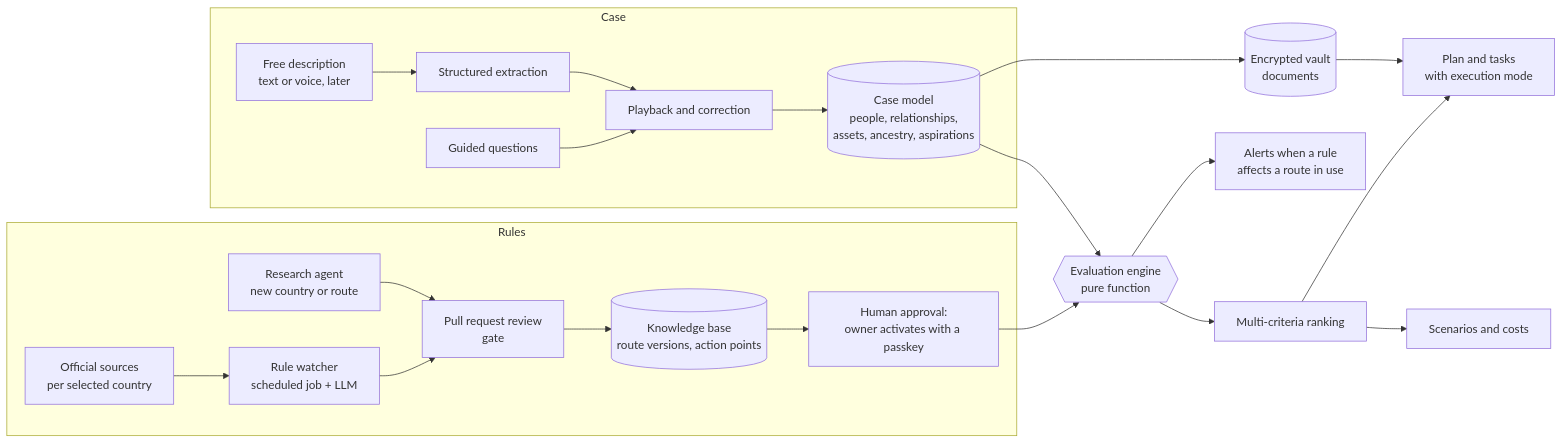
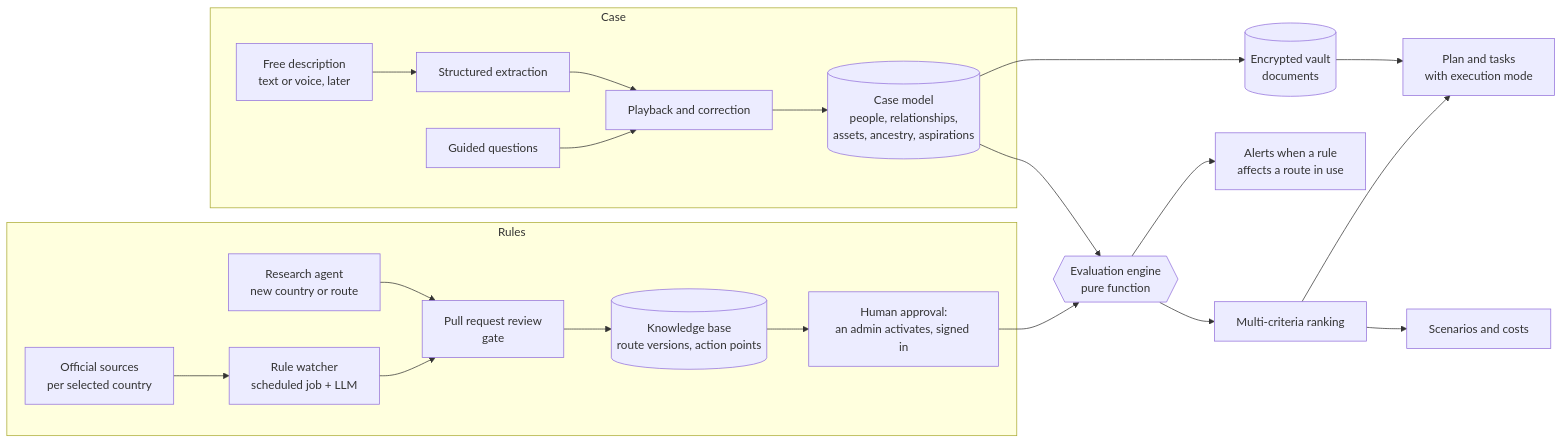
The diagram in docs/ARCHITECTURE.md (fernandolisboa/arca), drawn with Mermaid before and after one commit. The commit also changed other lines of this file and 27 other files, not shown here.

````diff
--- a/docs/ARCHITECTURE.md
+++ b/docs/ARCHITECTURE.md
@@ -9,24 +9,24 @@
 ```mermaid
 flowchart LR
   subgraph Rules
     SRC[Official sources<br/>per selected country] --> WATCH[Rule watcher<br/>scheduled job + LLM]
     WATCH --> REVIEW[Pull request review<br/>gate]
     RESEARCH[Research agent<br/>new country or route] --> REVIEW
     REVIEW --> KB[(Knowledge base<br/>route versions, action points)]
-    KB --> ACTIVATE[Human approval:<br/>owner activates with a passkey]
+    KB --> ACTIVATE[Human approval:<br/>an admin activates, signed in]
   end
   subgraph Case
     QUESTIONS[Guided questions] --> CONFIRM[Playback and correction]
     INTAKE[Free description<br/>text or voice, later] --> EXTRACT[Structured extraction]
     EXTRACT --> CONFIRM
     CONFIRM --> CASE[(Case model<br/>people, relationships,<br/>assets, ancestry, aspirations)]
   end
   ACTIVATE --> ENGINE{{Evaluation engine<br/>pure function}}
   CASE --> ENGINE
   ENGINE --> RANK[Multi-criteria ranking]
   RANK --> PLAN[Plan and tasks<br/>with execution mode]
   RANK --> SCEN[Scenarios and costs]
   ENGINE --> ALERTS[Alerts when a rule<br/>affects a route in use]
   CASE --> VAULT[(Encrypted vault<br/>documents)]
   VAULT --> PLAN
 ```
````
